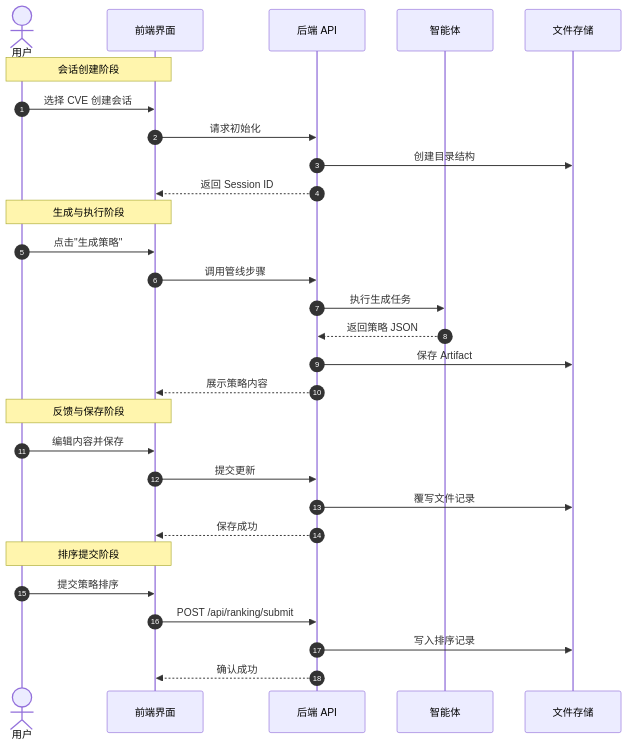
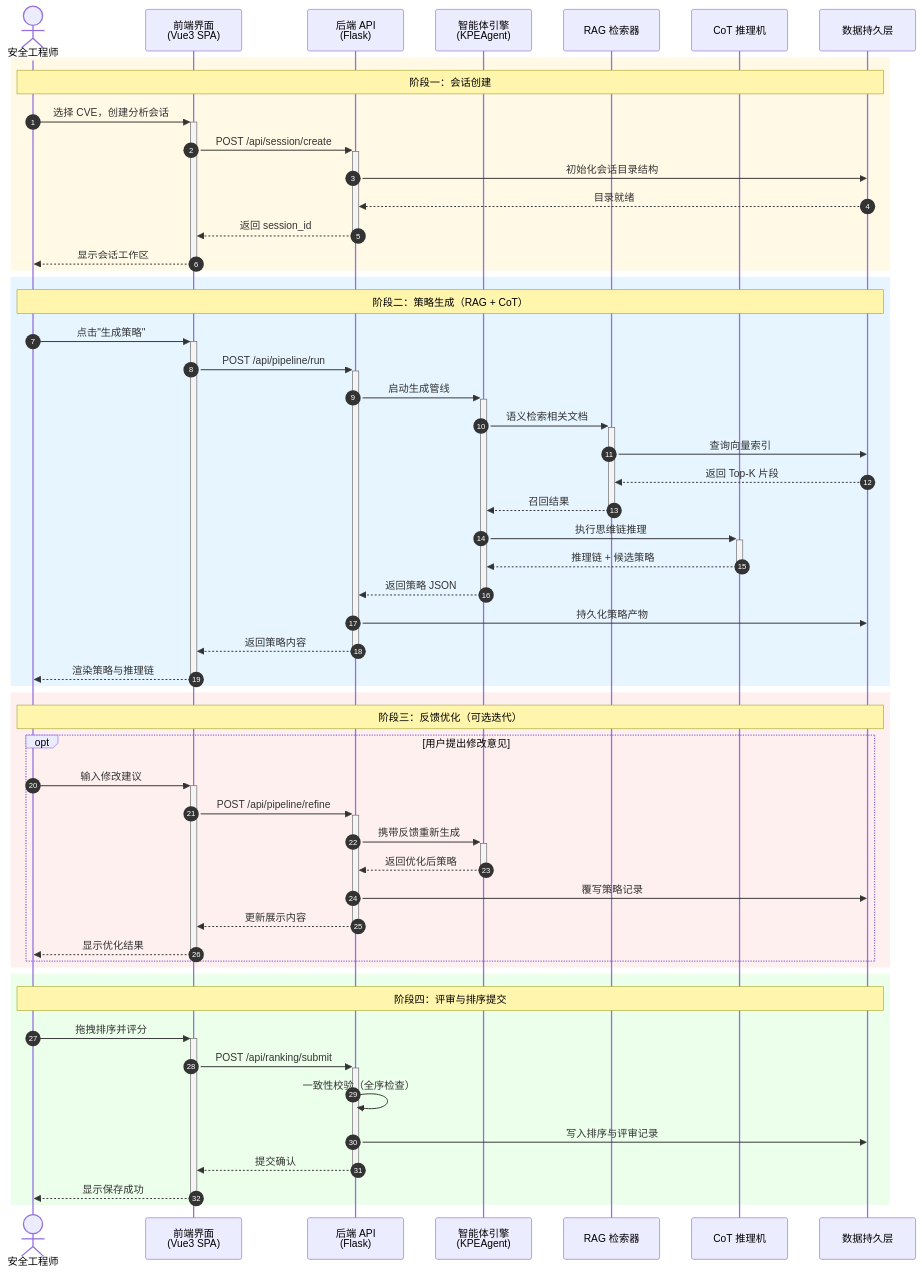
Before and after one commit to Ivanbeethoven/ustb_graduator_paper: the diagram in images/chap4/pipeline_sequence.mmd, drawn with Mermaid. The commit also changed 186 other files, not shown here.

```diff
--- a/images/chap4/pipeline_sequence.mmd
+++ b/images/chap4/pipeline_sequence.mmd
@@ -1,33 +1,62 @@
 sequenceDiagram
     autonumber
-    actor User as 用户
-    participant UI as 前端界面
-    participant API as 后端 API
-    participant Agent as 智能体
-    participant DB as 文件存储
+    actor User as 安全工程师
+    participant UI as 前端界面<br/>(Vue3 SPA)
+    participant API as 后端 API<br/>(Flask)
+    participant Agent as 智能体引擎<br/>(KPEAgent)
+    participant RAG as RAG 检索器
+    participant CoT as CoT 推理机
+    participant DB as 数据持久层
 
-    Note over User, UI: 会话创建阶段
-    User->>UI: 选择 CVE 创建会话
-    UI->>API: 请求初始化
-    API->>DB: 创建目录结构
-    API-->>UI: 返回 Session ID
+    rect rgb(255, 249, 230)
+        Note over User, DB: 阶段一：会话创建
+        User ->>+ UI: 选择 CVE，创建分析会话
+        UI ->>+ API: POST /api/session/create
+        API ->> DB: 初始化会话目录结构
+        DB -->> API: 目录就绪
+        API -->>- UI: 返回 session_id
+        UI -->>- User: 显示会话工作区
+    end
 
-    Note over User, UI: 生成与执行阶段
-    User->>UI: 点击"生成策略"
-    UI->>API: 调用管线步骤
-    API->>Agent: 执行生成任务
-    Agent-->>API: 返回策略 JSON
-    API->>DB: 保存 Artifact
-    API-->>UI: 展示策略内容
+    rect rgb(230, 245, 255)
+        Note over User, DB: 阶段二：策略生成（RAG + CoT）
+        User ->>+ UI: 点击"生成策略"
+        UI ->>+ API: POST /api/pipeline/run
+        API ->>+ Agent: 启动生成管线
 
-    Note over User, UI: 反馈与保存阶段
-    User->>UI: 编辑内容并保存
-    UI->>API: 提交更新
-    API->>DB: 覆写文件记录
-    API-->>UI: 保存成功
+        Agent ->>+ RAG: 语义检索相关文档
+        RAG ->> DB: 查询向量索引
+        DB -->> RAG: 返回 Top-K 片段
+        RAG -->>- Agent: 召回结果
 
-    Note over User, UI: 排序提交阶段
-    User->>UI: 提交策略排序
-    UI->>API: POST /api/ranking/submit
-    API->>DB: 写入排序记录
-    API-->>UI: 确认成功
+        Agent ->>+ CoT: 执行思维链推理
+        CoT -->>- Agent: 推理链 + 候选策略
+
+        Agent -->>- API: 返回策略 JSON
+        API ->> DB: 持久化策略产物
+        API -->>- UI: 返回策略内容
+        UI -->>- User: 渲染策略与推理链
+    end
+
+    rect rgb(255, 240, 240)
+        Note over User, DB: 阶段三：反馈优化（可选迭代）
+        opt 用户提出修改意见
+            User ->>+ UI: 输入修改建议
+            UI ->>+ API: POST /api/pipeline/refine
+            API ->>+ Agent: 携带反馈重新生成
+            Agent -->>- API: 返回优化后策略
+            API ->> DB: 覆写策略记录
+            API -->>- UI: 更新展示内容
+            UI -->>- User: 显示优化结果
+        end
+    end
+
+    rect rgb(235, 255, 235)
+        Note over User, DB: 阶段四：评审与排序提交
+        User ->>+ UI: 拖拽排序并评分
+        UI ->>+ API: POST /api/ranking/submit
+        API ->> API: 一致性校验（全序检查）
+        API ->> DB: 写入排序与评审记录
+        API -->>- UI: 提交确认
+        UI -->>- User: 显示保存成功
+    end
```
